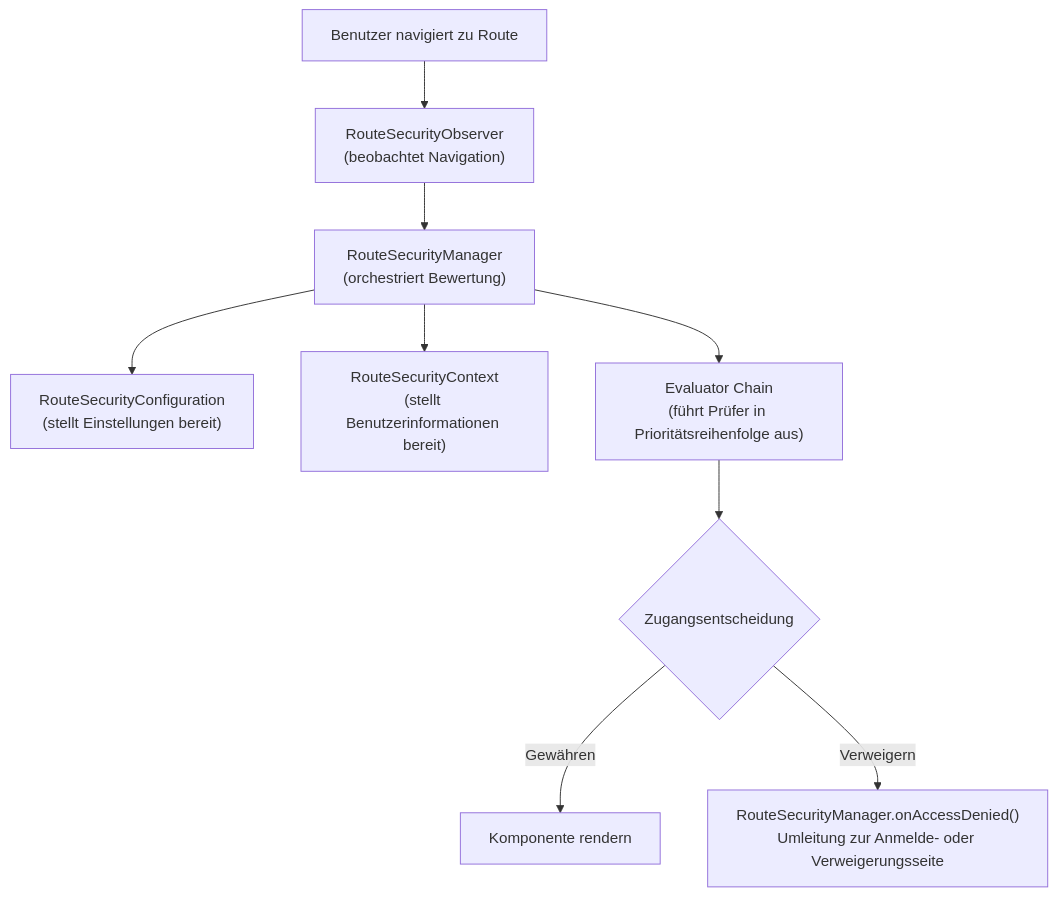
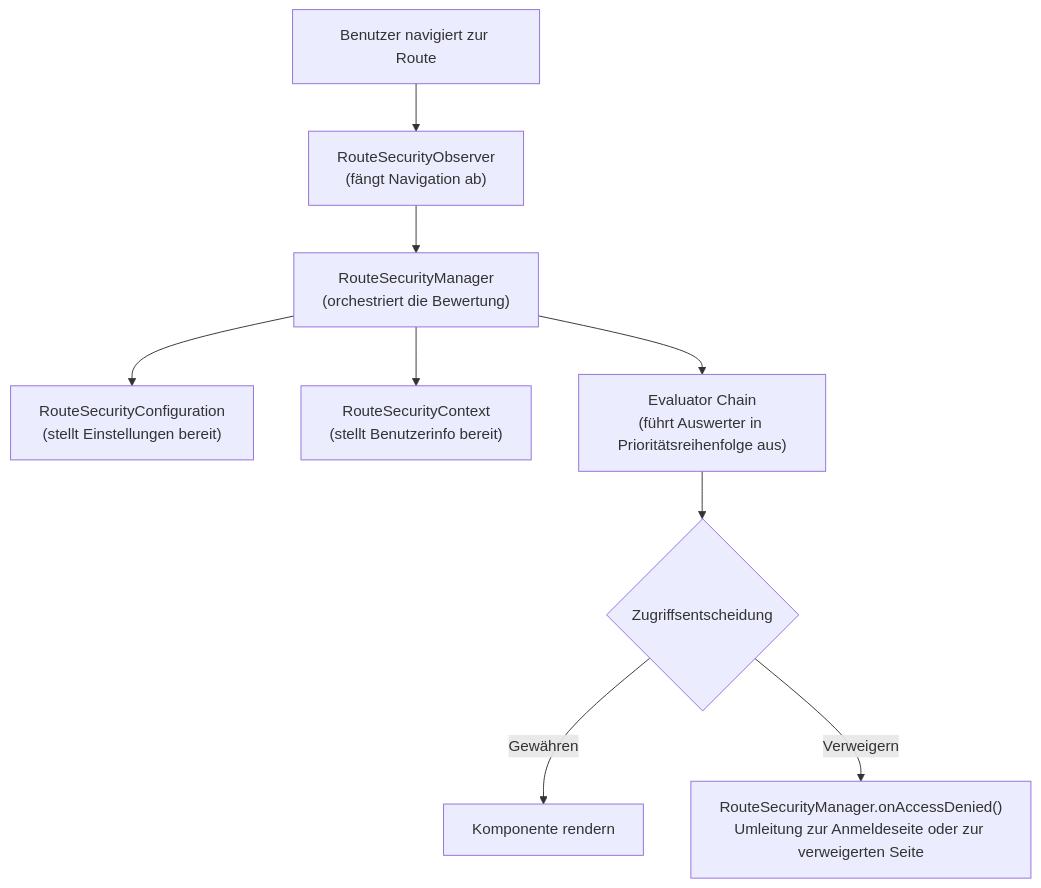
Before and after one commit to webforj/webforj-documentation: the diagram in docs/i18n/de/docusaurus-plugin-content-docs/current/security/architecture/foundational-architecture.md, drawn with Mermaid. The commit also changed other lines of this file and 389 other files, not shown here.

````diff
--- a/docs/i18n/de/docusaurus-plugin-content-docs/current/security/architecture/foundational-architecture.md
+++ b/docs/i18n/de/docusaurus-plugin-content-docs/current/security/architecture/foundational-architecture.md
@@ -113,13 +113,13 @@
 ```mermaid
 flowchart TB
-    User["Benutzer navigiert zu Route"] --> Observer["RouteSecurityObserver<br/>(beobachtet Navigation)"]
-    Observer --> Manager["RouteSecurityManager<br/>(orchestriert Bewertung)"]
+  User["Benutzer navigiert zur Route"] --> Observer["RouteSecurityObserver<br/>(fängt Navigation ab)"]
+  Observer --> Manager["RouteSecurityManager<br/>(orchestriert die Bewertung)"]
 
-    Manager --> Config["RouteSecurityConfiguration<br/>(stellt Einstellungen bereit)"]
-    Manager --> Context["RouteSecurityContext<br/>(stellt Benutzerinformationen bereit)"]
-    Manager --> Chain["Evaluator Chain<br/>(führt Prüfer in Prioritätsreihenfolge aus)"]
+  Manager --> Config["RouteSecurityConfiguration<br/>(stellt Einstellungen bereit)"]
+  Manager --> Context["RouteSecurityContext<br/>(stellt Benutzerinfo bereit)"]
+  Manager --> Chain["Evaluator Chain<br/>(führt Auswerter in Prioritätsreihenfolge aus)"]
 
-    Chain --> Decision{"Zugangsentscheidung"}
-    Decision -->|"Gewähren"| Render["Komponente rendern"]
-    Decision -->|"Verweigern"| Redirect["RouteSecurityManager.onAccessDenied()<br/>Umleitung zur Anmelde- oder Verweigerungsseite"]
+  Chain --> Decision{"Zugriffsentscheidung"}
+  Decision -->|"Gewähren"| Render["Komponente rendern"]
+  Decision -->|"Verweigern"| Redirect["RouteSecurityManager.onAccessDenied()<br/>Umleitung zur Anmeldeseite oder zur verweigerten Seite"]
 ```
````
